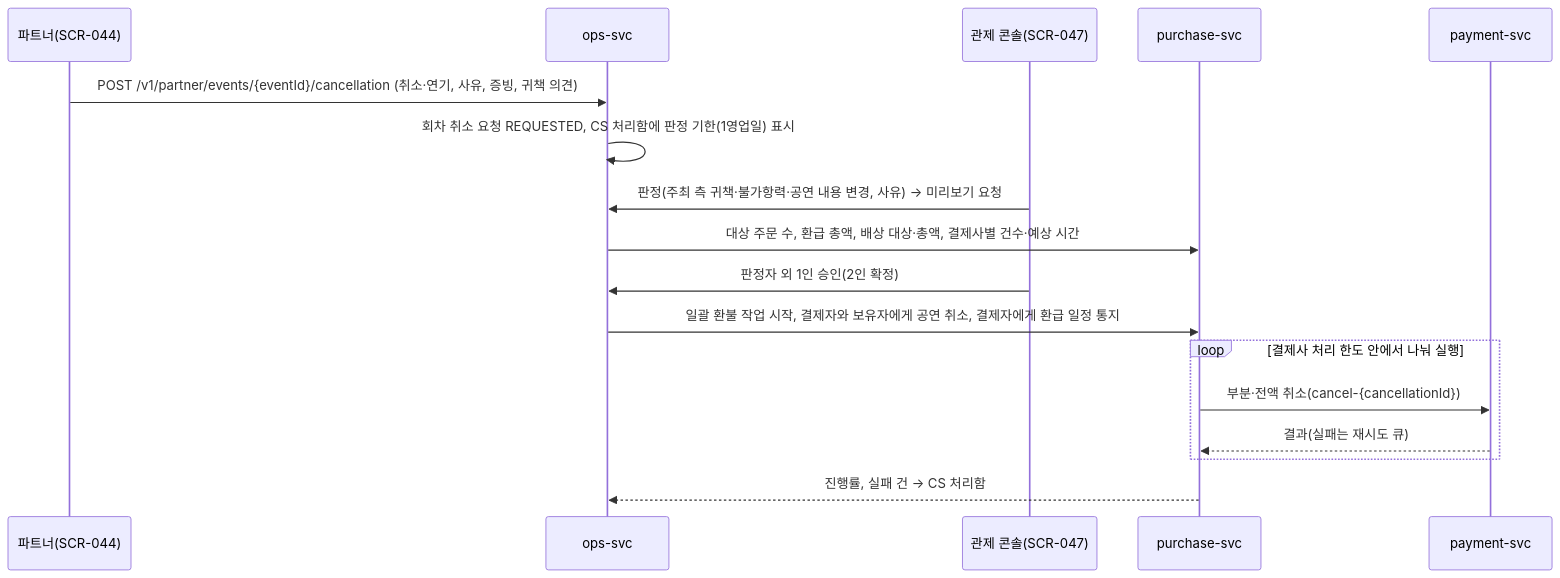
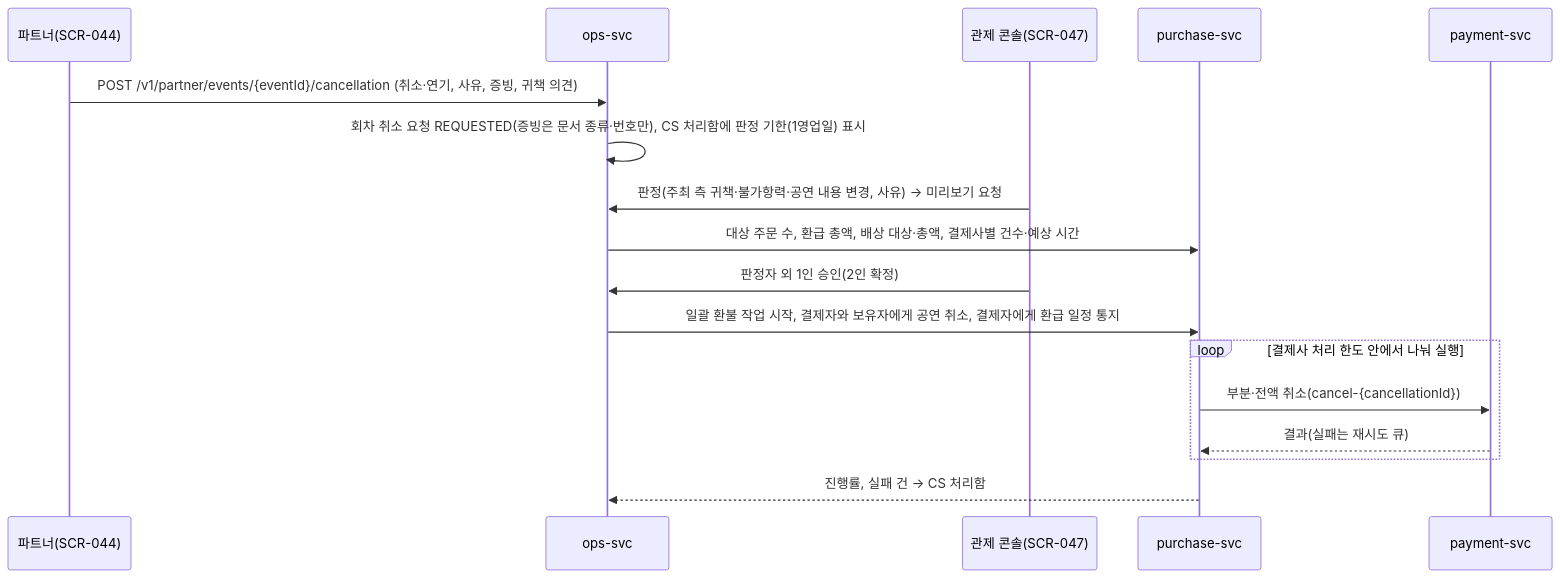
One commit to peaket/peaket changed the third of 4 diagrams in docs/features/transfer-refund.md. Above: the diagram before and after it, drawn with Mermaid. The commit also changed other lines of this file and 228 other files, not shown here.

````diff
--- a/docs/features/transfer-refund.md
+++ b/docs/features/transfer-refund.md
@@ -166,19 +169,19 @@
 ```mermaid
 sequenceDiagram
     participant PC as 파트너(SCR-044)
     participant O as ops-svc
     participant OC as 관제 콘솔(SCR-047)
     participant P as purchase-svc
     participant PAY as payment-svc
     PC->>O: POST /v1/partner/events/{eventId}/cancellation (취소·연기, 사유, 증빙, 귀책 의견)
-    O->>O: 회차 취소 요청 REQUESTED, CS 처리함에 판정 기한(1영업일) 표시
+    O->>O: 회차 취소 요청 REQUESTED(증빙은 문서 종류·번호만), CS 처리함에 판정 기한(1영업일) 표시
     OC->>O: 판정(주최 측 귀책·불가항력·공연 내용 변경, 사유) → 미리보기 요청
     O->>P: 대상 주문 수, 환급 총액, 배상 대상·총액, 결제사별 건수·예상 시간
     OC->>O: 판정자 외 1인 승인(2인 확정)
     O->>P: 일괄 환불 작업 시작, 결제자와 보유자에게 공연 취소, 결제자에게 환급 일정 통지
     loop 결제사 처리 한도 안에서 나눠 실행
         P->>PAY: 부분·전액 취소(cancel-{cancellationId})
         PAY-->>P: 결과(실패는 재시도 큐)
     end
     P-->>O: 진행률, 실패 건 → CS 처리함
 ```
````
